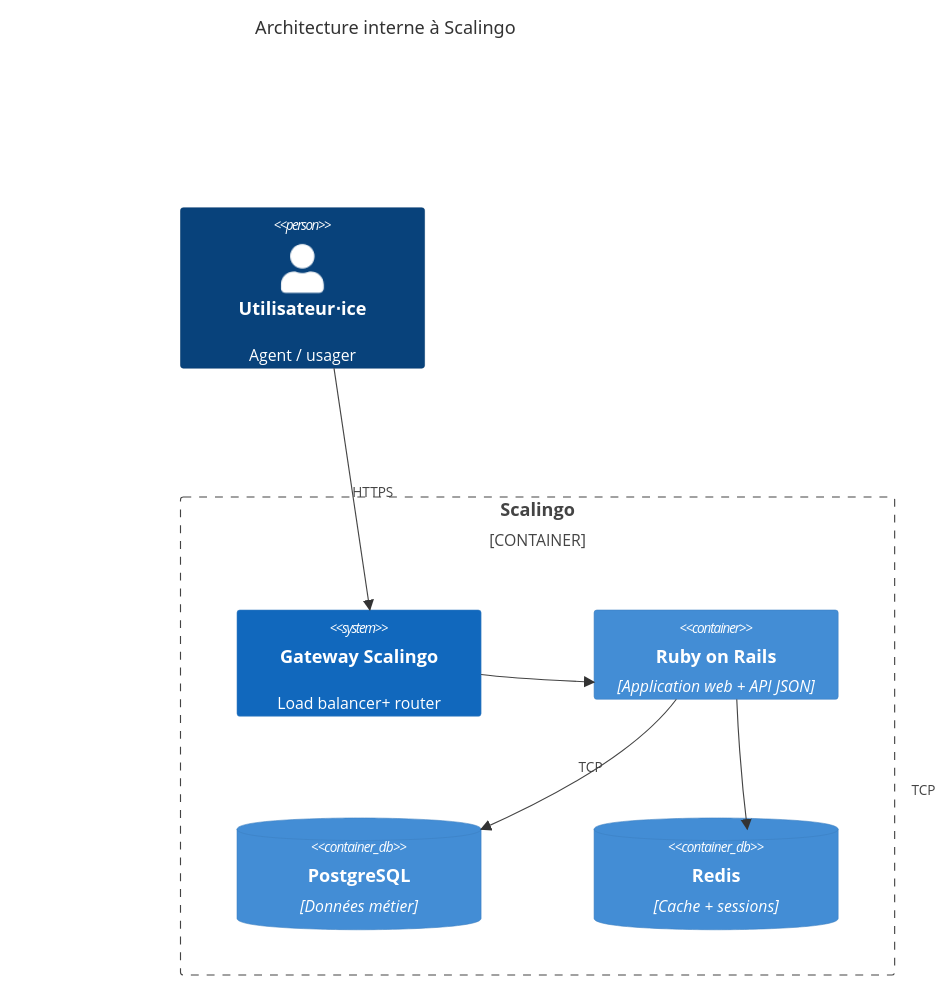
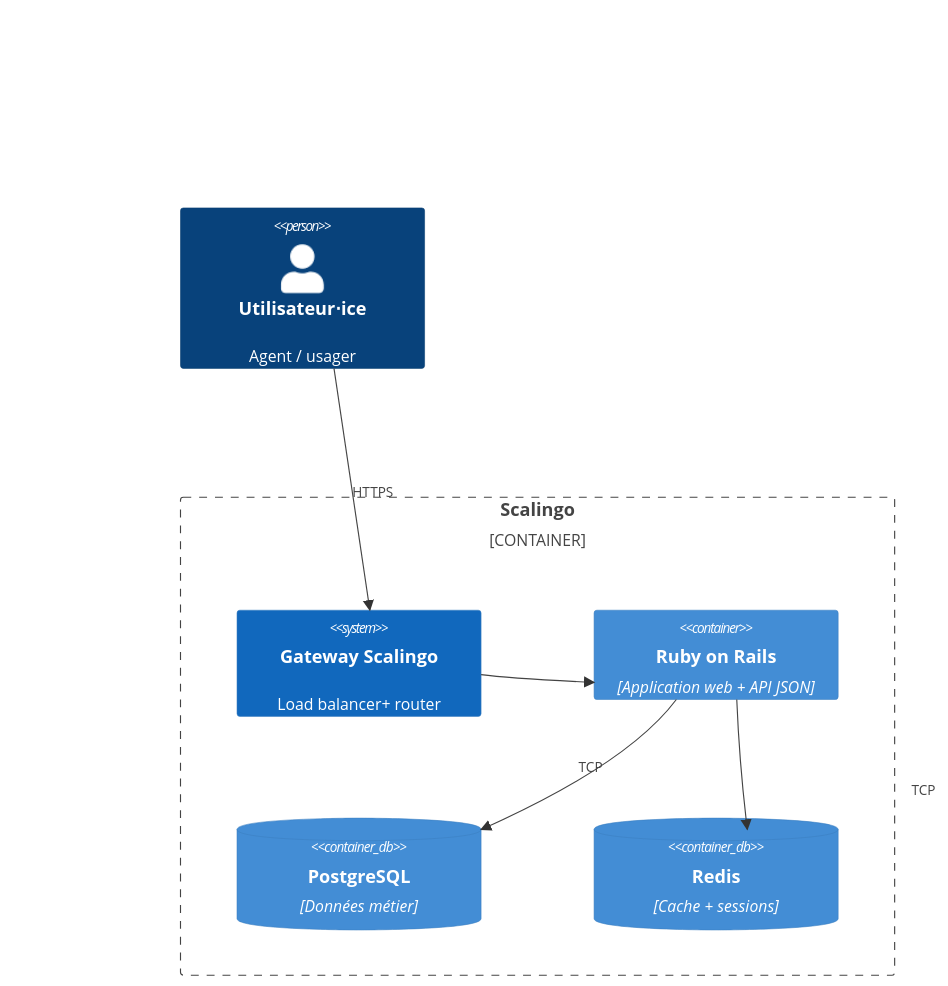
One commit to betagouv/rdv-service-public changed the first of 3 diagrams in docs/architecture-technique.md. Above: the diagram before and after it, drawn with Mermaid. The commit also changed other lines of this file, not shown here.

````diff
--- a/docs/architecture-technique.md
+++ b/docs/architecture-technique.md
@@ -115,20 +131,18 @@
 ```mermaid
 C4Container
-    title Architecture interne à Scalingo
-
     Person(user, "Utilisateur⋅ice", "Agent / usager")
 
     Container_Boundary(scalingo, "Scalingo") {
         System(scalingo_gateway, "Gateway Scalingo", "Load balancer+ router")
         Container(web_app, "Ruby on Rails", "Application web + API JSON")
         ContainerDb(postgres, "PostgreSQL", "Données métier")
         ContainerDb(redis, "Redis", "Cache + sessions")
     }
 
     Rel(user, scalingo_gateway, "HTTPS")
     Rel(scalingo_gateway, web_app, "")
     Rel(web_app, postgres, "TCP")
     Rel(web_app, redis, "TCP")
 
     UpdateRelStyle(web_app, redis, $offsetY="20", $offsetX="150")
 ```
````
